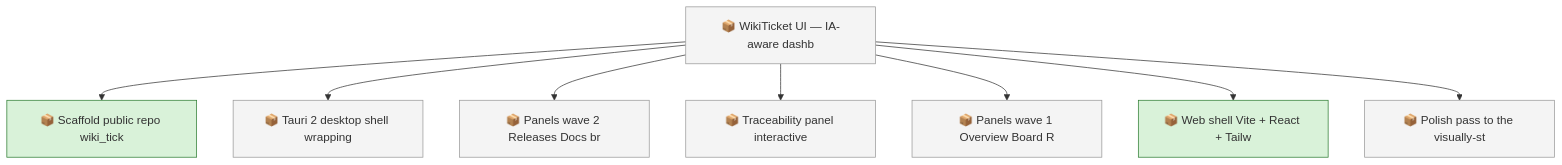
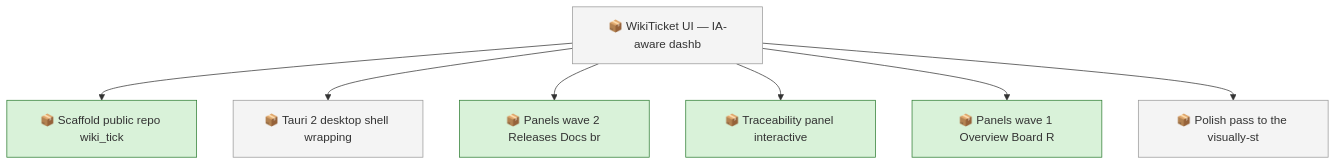
Before and after one commit to SpillwaveSolutions/wiki_ticket_sdd_ui: the first of 2 diagrams in docs/roadmap.md, drawn with Mermaid. The commit also changed other lines of this file and 45 other files, not shown here.

First line of the commit message:
feat(web): dark dashboard shell — routed panel stubs, typed api client, shared components (#4)

````diff
--- a/docs/roadmap.md
+++ b/docs/roadmap.md
@@ -53,22 +48,20 @@
 ```mermaid
 graph TD
     01KY5ZZX8Y6N7E5YQYP4X1V7VA["📦 Scaffold public repo wiki_tick"]
     01KY5ZZX8YXD5YDJKQGJ3VCCHN["📦 WikiTicket UI — IA-aware dashb"]
     01KY5ZZX8Z46K7BCSPPFKN23JZ["📦 Tauri 2 desktop shell wrapping"]
     01KY5ZZX8ZBF099JH8N2ZRJKKE["📦 Panels wave 2 Releases Docs br"]
     01KY5ZZX8ZJJX208WYH58MY9WS["📦 Traceability panel interactive"]
     01KY5ZZX8ZTV1ZYR8FYGBEWKJV["📦 Panels wave 1 Overview Board R"]
-    01KY5ZZX8ZX1T0SD6S60CQD5Z0["📦 Web shell Vite + React + Tailw"]
     01KY5ZZX8ZYPXTMVCGX4AAZQSG["📦 Polish pass to the visually-st"]
     01KY5ZZX8YXD5YDJKQGJ3VCCHN --> 01KY5ZZX8Y6N7E5YQYP4X1V7VA
     01KY5ZZX8YXD5YDJKQGJ3VCCHN --> 01KY5ZZX8Z46K7BCSPPFKN23JZ
     01KY5ZZX8YXD5YDJKQGJ3VCCHN --> 01KY5ZZX8ZBF099JH8N2ZRJKKE
     01KY5ZZX8YXD5YDJKQGJ3VCCHN --> 01KY5ZZX8ZJJX208WYH58MY9WS
     01KY5ZZX8YXD5YDJKQGJ3VCCHN --> 01KY5ZZX8ZTV1ZYR8FYGBEWKJV
-    01KY5ZZX8YXD5YDJKQGJ3VCCHN --> 01KY5ZZX8ZX1T0SD6S60CQD5Z0
     01KY5ZZX8YXD5YDJKQGJ3VCCHN --> 01KY5ZZX8ZYPXTMVCGX4AAZQSG
     classDef todo fill:#f4f4f4,stroke:#999999
-    class 01KY5ZZX8YXD5YDJKQGJ3VCCHN,01KY5ZZX8Z46K7BCSPPFKN23JZ,01KY5ZZX8ZBF099JH8N2ZRJKKE,01KY5ZZX8ZJJX208WYH58MY9WS,01KY5ZZX8ZTV1ZYR8FYGBEWKJV,01KY5ZZX8ZYPXTMVCGX4AAZQSG todo
+    class 01KY5ZZX8YXD5YDJKQGJ3VCCHN,01KY5ZZX8Z46K7BCSPPFKN23JZ,01KY5ZZX8ZYPXTMVCGX4AAZQSG todo
     classDef in_progress fill:#d9f2d9,stroke:#2e7d32
-    class 01KY5ZZX8Y6N7E5YQYP4X1V7VA,01KY5ZZX8ZX1T0SD6S60CQD5Z0 in_progress
+    class 01KY5ZZX8Y6N7E5YQYP4X1V7VA,01KY5ZZX8ZBF099JH8N2ZRJKKE,01KY5ZZX8ZJJX208WYH58MY9WS,01KY5ZZX8ZTV1ZYR8FYGBEWKJV in_progress
 ```
````
